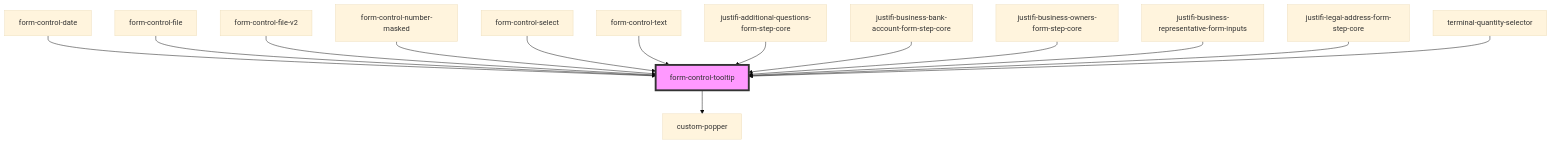
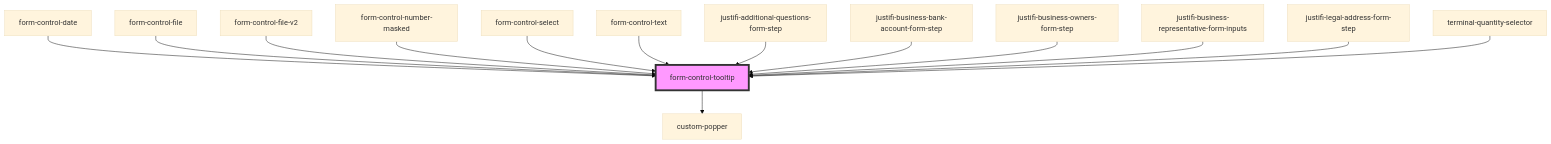
The diagram in packages/webcomponents/src/ui-components/form/form-helpers/form-control-tooltip/readme.md (justifi-tech/web-component-library), drawn with Mermaid (base theme) before and after one commit. The commit also changed other lines of this file and 26 other files, not shown here.

````diff
--- a/packages/webcomponents/src/ui-components/form/form-helpers/form-control-tooltip/readme.md
+++ b/packages/webcomponents/src/ui-components/form/form-helpers/form-control-tooltip/readme.md
@@ -37,17 +37,17 @@
 ```mermaid
 graph TD;
   form-control-tooltip --> custom-popper
   form-control-date --> form-control-tooltip
   form-control-file --> form-control-tooltip
   form-control-file-v2 --> form-control-tooltip
   form-control-number-masked --> form-control-tooltip
   form-control-select --> form-control-tooltip
   form-control-text --> form-control-tooltip
-  justifi-additional-questions-form-step-core --> form-control-tooltip
-  justifi-business-bank-account-form-step-core --> form-control-tooltip
-  justifi-business-owners-form-step-core --> form-control-tooltip
+  justifi-additional-questions-form-step --> form-control-tooltip
+  justifi-business-bank-account-form-step --> form-control-tooltip
+  justifi-business-owners-form-step --> form-control-tooltip
   justifi-business-representative-form-inputs --> form-control-tooltip
-  justifi-legal-address-form-step-core --> form-control-tooltip
+  justifi-legal-address-form-step --> form-control-tooltip
   terminal-quantity-selector --> form-control-tooltip
   style form-control-tooltip fill:#f9f,stroke:#333,stroke-width:4px
 ```
````
